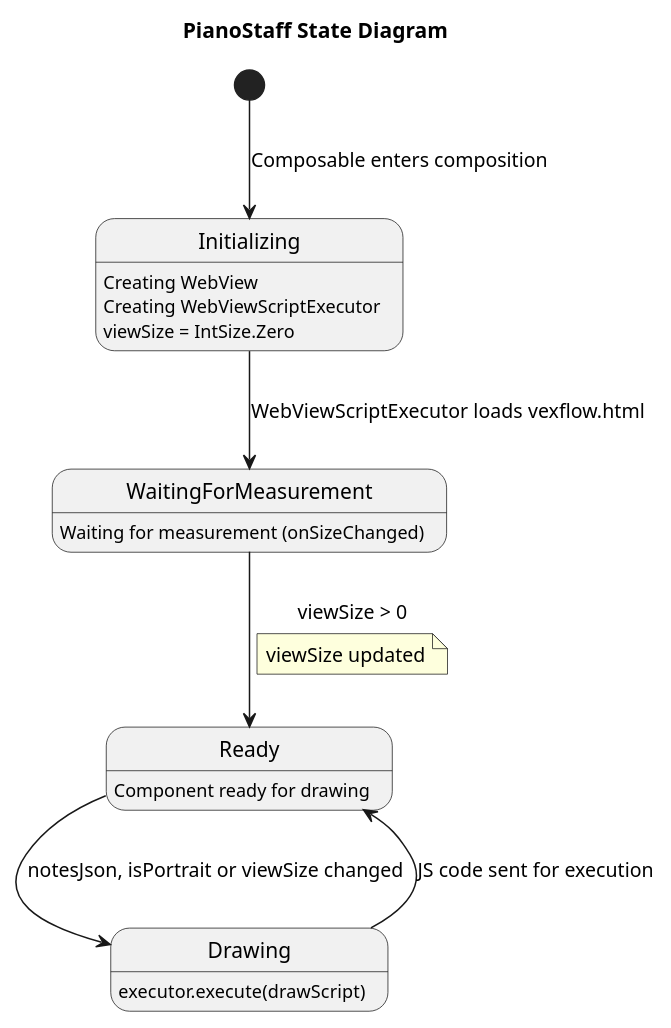
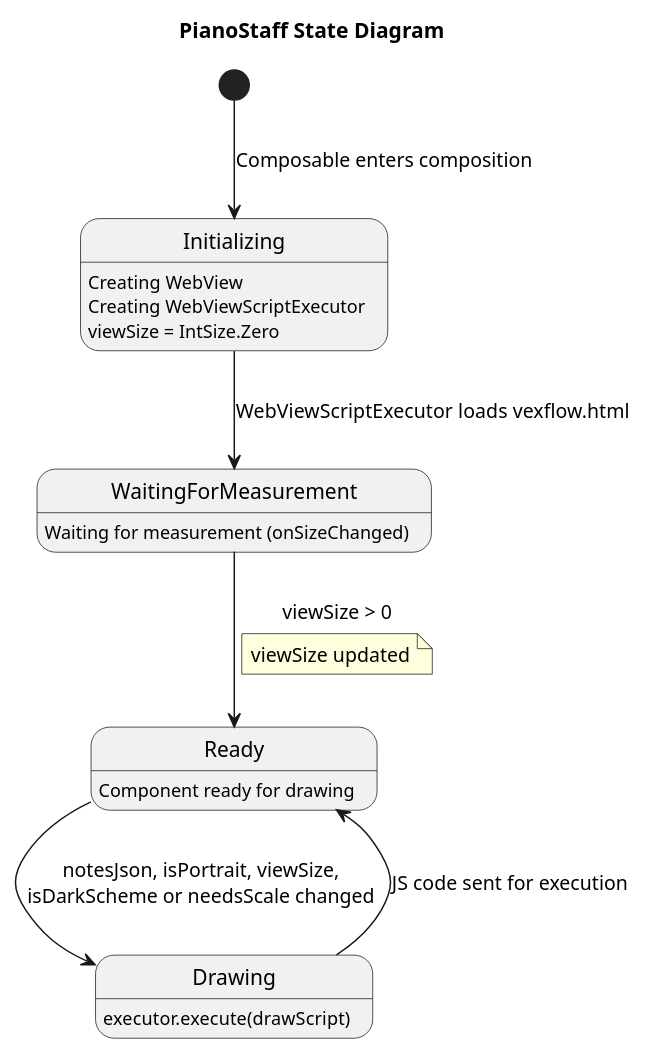
The ninth of 10 diagrams in docs/en/specs/MIDI_MESSAGE_PROCESSING.md (astrizhachuk/PianoFlow), drawn with PlantUML before and after one commit. The commit also changed other lines of this file and 1 other file, not shown here.

Commit message:
docs: обновить описание триггера отрисовки в спецификации обработки MIDI-сообщений для учета новых параметров

````diff
--- a/docs/en/specs/MIDI_MESSAGE_PROCESSING.md
+++ b/docs/en/specs/MIDI_MESSAGE_PROCESSING.md
@@ -491,31 +491,31 @@
 ```plantuml
 @startuml
 title PianoStaff State Diagram
 
 [*] --> Initializing : Composable enters composition
 
 state Initializing
 Initializing : Creating WebView
 Initializing : Creating WebViewScriptExecutor
 Initializing : viewSize = IntSize.Zero
 
 Initializing --> WaitingForMeasurement : WebViewScriptExecutor loads vexflow.html
 
 state WaitingForMeasurement
 WaitingForMeasurement : Waiting for measurement (onSizeChanged)
 
 WaitingForMeasurement --> Ready : viewSize > 0
 note on link
   viewSize updated
 end note
 
 state Ready
 Ready : Component ready for drawing
 
 state Drawing
 Drawing : executor.execute(drawScript)
 
-Ready --> Drawing : notesJson, isPortrait or viewSize changed
+Ready --> Drawing : notesJson, isPortrait, viewSize,\nisDarkScheme or needsScale changed
 Drawing --> Ready : JS code sent for execution
 @enduml
 ```
````
